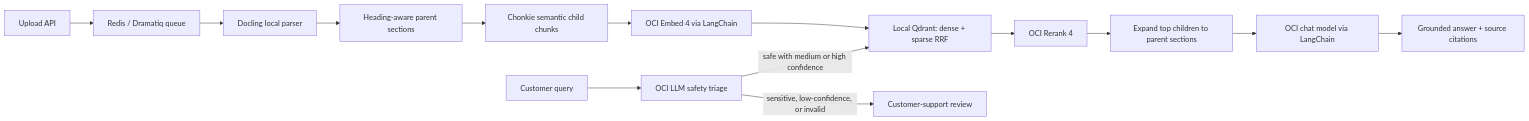
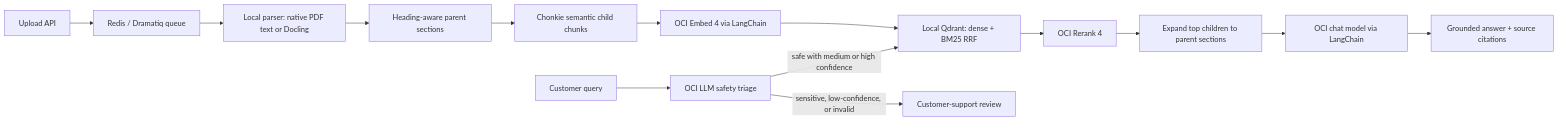
The diagram in README.md (ajaypv/prod_rag), drawn with Mermaid before and after one commit. The commit also changed other lines of this file and 33 other files, not shown here.

````diff
--- a/README.md
+++ b/README.md
@@ -21,16 +23,16 @@
 ```mermaid
 flowchart LR
     U["Upload API"] --> R["Redis / Dramatiq queue"]
-    R --> D["Docling local parser"]
+    R --> D["Local parser: native PDF text or Docling"]
     D --> S["Heading-aware parent sections"]
     S --> C["Chonkie semantic child chunks"]
     C --> E["OCI Embed 4 via LangChain"]
-    E --> Q["Local Qdrant: dense + sparse RRF"]
+    E --> Q["Local Qdrant: dense + BM25 RRF"]
     X["Customer query"] --> T["OCI LLM safety triage"]
     T -->|"safe with medium or high confidence"| Q
     T -->|"sensitive, low-confidence, or invalid"| H["Customer-support review"]
     Q --> RR["OCI Rerank 4"]
     RR --> P["Expand top children to parent sections"]
     P --> L["OCI chat model via LangChain"]
     L --> A["Grounded answer + source citations"]
 ```
````
